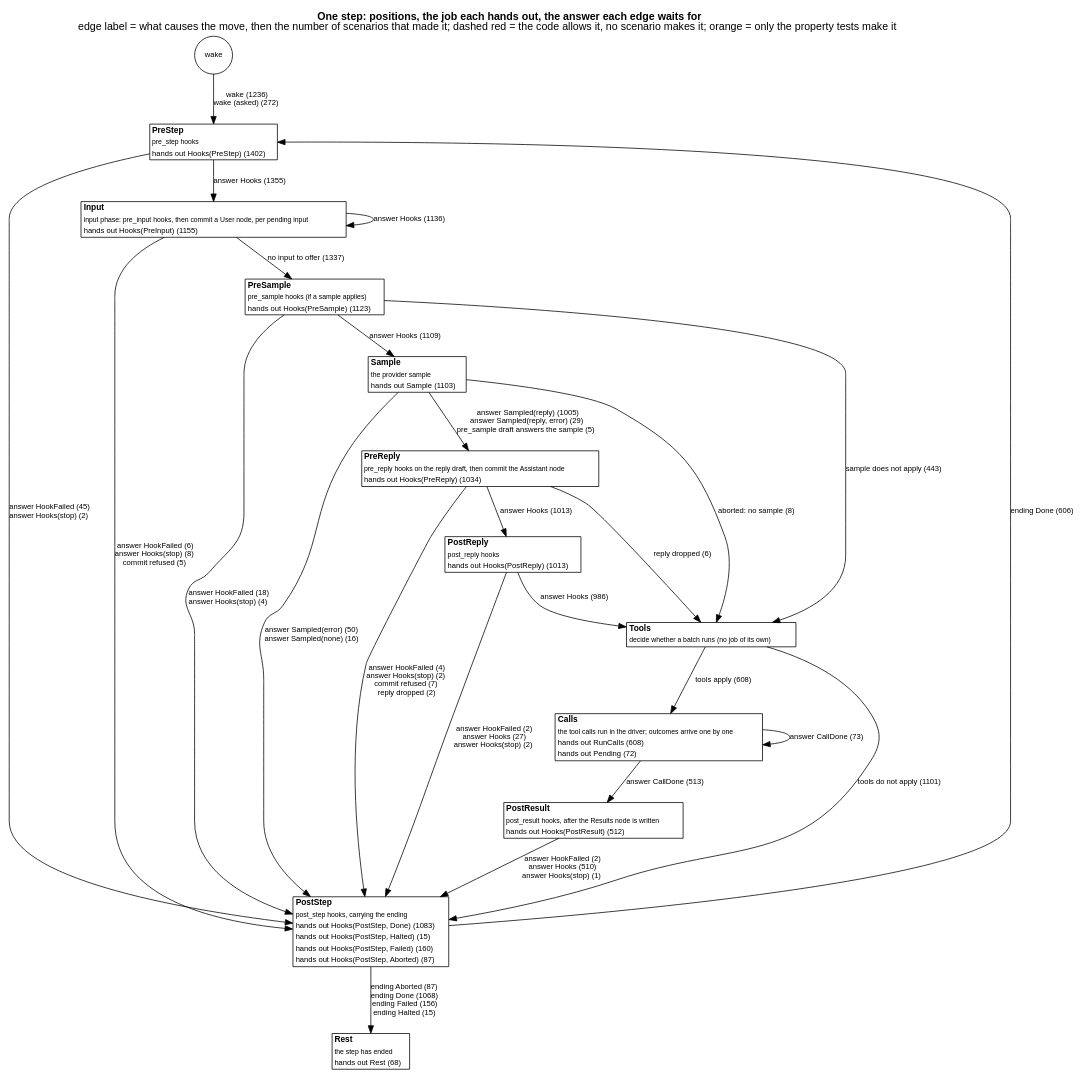
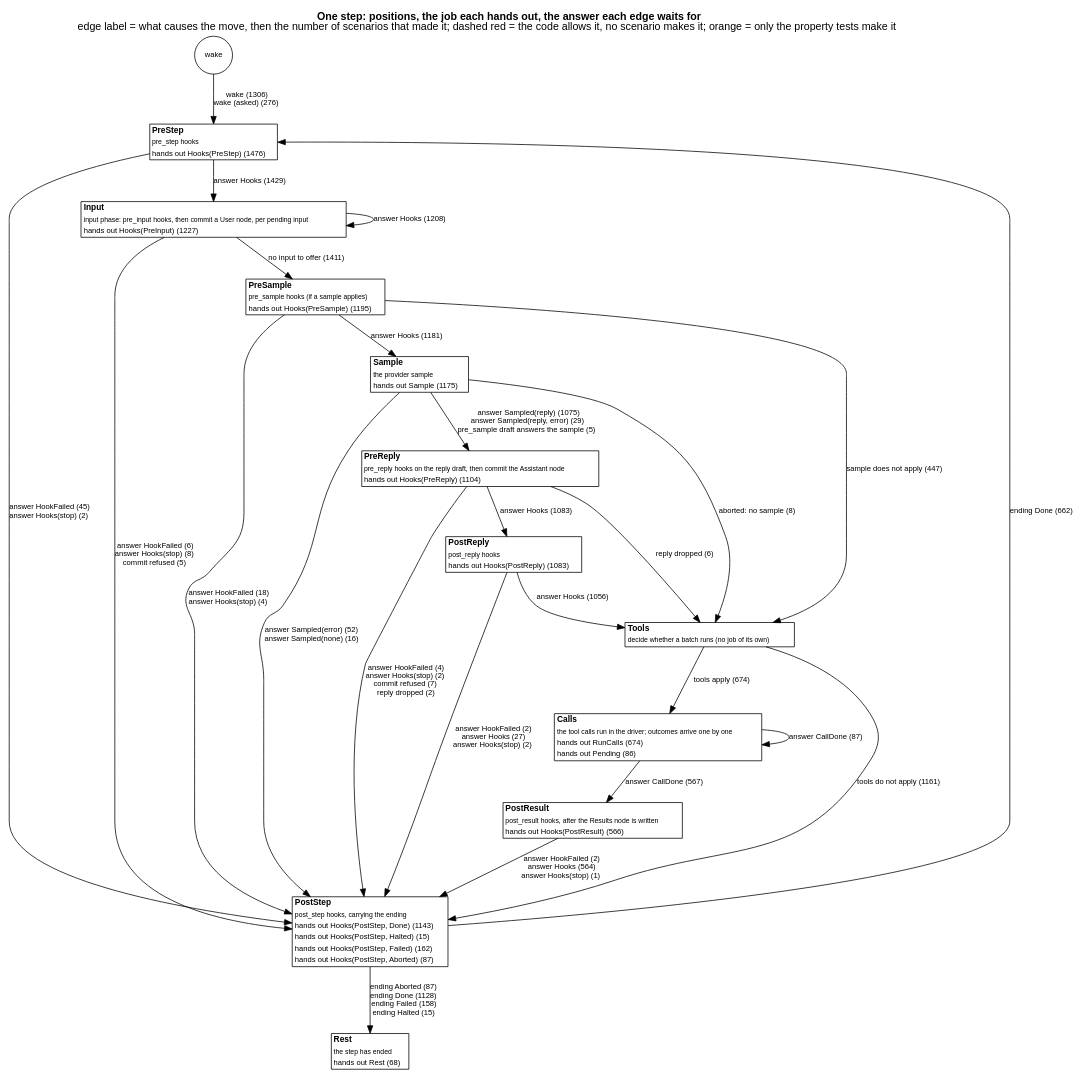
One commit to jmccardle/tau changed the diagram in docs/as-built/diagrams/step-positions.dot. Above: the diagram before and after it, drawn with Graphviz. The commit also changed 5 other files, not shown here.

First line of the commit message:
Regenerate docs and diagrams after the 8E-6 merges

```diff
--- a/docs/as-built/diagrams/step-positions.dot
+++ b/docs/as-built/diagrams/step-positions.dot
@@ -1,42 +1,42 @@
 // Generated by scripts/diagrams.sh from the test suites' transitions. Do not edit.
 digraph step_positions {
   graph [rankdir=TB, fontname="Helvetica", nodesep=0.5, ranksep=0.6, labelloc=t, label=<<b>One step: positions, the job each hands out, the answer each edge waits for</b><br/>edge label = what causes the move, then the number of scenarios that made it; dashed red = the code allows it, no scenario makes it; orange = only the property tests make it>];
   node [shape=plain, fontname="Helvetica", fontsize=11];
   edge [fontname="Helvetica", fontsize=10];
   "(wake)" [shape=circle, label="wake", fontsize=10];
-  "PreStep" [label=<<table border="1" cellborder="0" cellspacing="0" bgcolor="white"><tr><td align="left"><b>PreStep</b></td></tr><tr><td align="left"><font point-size="9">pre_step hooks</font></td></tr><tr><td align="left"><font color="black" point-size="10">hands out Hooks(PreStep) (1402)</font></td></tr></table>>];
-  "Input" [label=<<table border="1" cellborder="0" cellspacing="0" bgcolor="white"><tr><td align="left"><b>Input</b></td></tr><tr><td align="left"><font point-size="9">input phase: pre_input hooks, then commit a User node, per pending input</font></td></tr><tr><td align="left"><font color="black" point-size="10">hands out Hooks(PreInput) (1155)</font></td></tr></table>>];
-  "PreSample" [label=<<table border="1" cellborder="0" cellspacing="0" bgcolor="white"><tr><td align="left"><b>PreSample</b></td></tr><tr><td align="left"><font point-size="9">pre_sample hooks (if a sample applies)</font></td></tr><tr><td align="left"><font color="black" point-size="10">hands out Hooks(PreSample) (1123)</font></td></tr></table>>];
-  "Sample" [label=<<table border="1" cellborder="0" cellspacing="0" bgcolor="white"><tr><td align="left"><b>Sample</b></td></tr><tr><td align="left"><font point-size="9">the provider sample</font></td></tr><tr><td align="left"><font color="black" point-size="10">hands out Sample (1103)</font></td></tr></table>>];
-  "PreReply" [label=<<table border="1" cellborder="0" cellspacing="0" bgcolor="white"><tr><td align="left"><b>PreReply</b></td></tr><tr><td align="left"><font point-size="9">pre_reply hooks on the reply draft, then commit the Assistant node</font></td></tr><tr><td align="left"><font color="black" point-size="10">hands out Hooks(PreReply) (1034)</font></td></tr></table>>];
-  "PostReply" [label=<<table border="1" cellborder="0" cellspacing="0" bgcolor="white"><tr><td align="left"><b>PostReply</b></td></tr><tr><td align="left"><font point-size="9">post_reply hooks</font></td></tr><tr><td align="left"><font color="black" point-size="10">hands out Hooks(PostReply) (1013)</font></td></tr></table>>];
+  "PreStep" [label=<<table border="1" cellborder="0" cellspacing="0" bgcolor="white"><tr><td align="left"><b>PreStep</b></td></tr><tr><td align="left"><font point-size="9">pre_step hooks</font></td></tr><tr><td align="left"><font color="black" point-size="10">hands out Hooks(PreStep) (1476)</font></td></tr></table>>];
+  "Input" [label=<<table border="1" cellborder="0" cellspacing="0" bgcolor="white"><tr><td align="left"><b>Input</b></td></tr><tr><td align="left"><font point-size="9">input phase: pre_input hooks, then commit a User node, per pending input</font></td></tr><tr><td align="left"><font color="black" point-size="10">hands out Hooks(PreInput) (1227)</font></td></tr></table>>];
+  "PreSample" [label=<<table border="1" cellborder="0" cellspacing="0" bgcolor="white"><tr><td align="left"><b>PreSample</b></td></tr><tr><td align="left"><font point-size="9">pre_sample hooks (if a sample applies)</font></td></tr><tr><td align="left"><font color="black" point-size="10">hands out Hooks(PreSample) (1195)</font></td></tr></table>>];
+  "Sample" [label=<<table border="1" cellborder="0" cellspacing="0" bgcolor="white"><tr><td align="left"><b>Sample</b></td></tr><tr><td align="left"><font point-size="9">the provider sample</font></td></tr><tr><td align="left"><font color="black" point-size="10">hands out Sample (1175)</font></td></tr></table>>];
+  "PreReply" [label=<<table border="1" cellborder="0" cellspacing="0" bgcolor="white"><tr><td align="left"><b>PreReply</b></td></tr><tr><td align="left"><font point-size="9">pre_reply hooks on the reply draft, then commit the Assistant node</font></td></tr><tr><td align="left"><font color="black" point-size="10">hands out Hooks(PreReply) (1104)</font></td></tr></table>>];
+  "PostReply" [label=<<table border="1" cellborder="0" cellspacing="0" bgcolor="white"><tr><td align="left"><b>PostReply</b></td></tr><tr><td align="left"><font point-size="9">post_reply hooks</font></td></tr><tr><td align="left"><font color="black" point-size="10">hands out Hooks(PostReply) (1083)</font></td></tr></table>>];
   "Tools" [label=<<table border="1" cellborder="0" cellspacing="0" bgcolor="white"><tr><td align="left"><b>Tools</b></td></tr><tr><td align="left"><font point-size="9">decide whether a batch runs (no job of its own)</font></td></tr></table>>];
-  "Calls" [label=<<table border="1" cellborder="0" cellspacing="0" bgcolor="white"><tr><td align="left"><b>Calls</b></td></tr><tr><td align="left"><font point-size="9">the tool calls run in the driver; outcomes arrive one by one</font></td></tr><tr><td align="left"><font color="black" point-size="10">hands out RunCalls (608)</font></td></tr><tr><td align="left"><font color="black" point-size="10">hands out Pending (72)</font></td></tr></table>>];
-  "PostResult" [label=<<table border="1" cellborder="0" cellspacing="0" bgcolor="white"><tr><td align="left"><b>PostResult</b></td></tr><tr><td align="left"><font point-size="9">post_result hooks, after the Results node is written</font></td></tr><tr><td align="left"><font color="black" point-size="10">hands out Hooks(PostResult) (512)</font></td></tr></table>>];
-  "PostStep" [label=<<table border="1" cellborder="0" cellspacing="0" bgcolor="white"><tr><td align="left"><b>PostStep</b></td></tr><tr><td align="left"><font point-size="9">post_step hooks, carrying the ending</font></td></tr><tr><td align="left"><font color="black" point-size="10">hands out Hooks(PostStep, Done) (1083)</font></td></tr><tr><td align="left"><font color="black" point-size="10">hands out Hooks(PostStep, Halted) (15)</font></td></tr><tr><td align="left"><font color="black" point-size="10">hands out Hooks(PostStep, Failed) (160)</font></td></tr><tr><td align="left"><font color="black" point-size="10">hands out Hooks(PostStep, Aborted) (87)</font></td></tr></table>>];
+  "Calls" [label=<<table border="1" cellborder="0" cellspacing="0" bgcolor="white"><tr><td align="left"><b>Calls</b></td></tr><tr><td align="left"><font point-size="9">the tool calls run in the driver; outcomes arrive one by one</font></td></tr><tr><td align="left"><font color="black" point-size="10">hands out RunCalls (674)</font></td></tr><tr><td align="left"><font color="black" point-size="10">hands out Pending (86)</font></td></tr></table>>];
+  "PostResult" [label=<<table border="1" cellborder="0" cellspacing="0" bgcolor="white"><tr><td align="left"><b>PostResult</b></td></tr><tr><td align="left"><font point-size="9">post_result hooks, after the Results node is written</font></td></tr><tr><td align="left"><font color="black" point-size="10">hands out Hooks(PostResult) (566)</font></td></tr></table>>];
+  "PostStep" [label=<<table border="1" cellborder="0" cellspacing="0" bgcolor="white"><tr><td align="left"><b>PostStep</b></td></tr><tr><td align="left"><font point-size="9">post_step hooks, carrying the ending</font></td></tr><tr><td align="left"><font color="black" point-size="10">hands out Hooks(PostStep, Done) (1143)</font></td></tr><tr><td align="left"><font color="black" point-size="10">hands out Hooks(PostStep, Halted) (15)</font></td></tr><tr><td align="left"><font color="black" point-size="10">hands out Hooks(PostStep, Failed) (162)</font></td></tr><tr><td align="left"><font color="black" point-size="10">hands out Hooks(PostStep, Aborted) (87)</font></td></tr></table>>];
   "Rest" [label=<<table border="1" cellborder="0" cellspacing="0" bgcolor="white"><tr><td align="left"><b>Rest</b></td></tr><tr><td align="left"><font point-size="9">the step has ended</font></td></tr><tr><td align="left"><font color="black" point-size="10">hands out Rest (68)</font></td></tr></table>>];
-  "(wake)" -> "PreStep" [label=<wake (1236)<br/>wake (asked) (272)>, color="black", style=solid];
-  "Calls" -> "Calls" [label=<answer CallDone (73)>, color="black", style=solid];
-  "Calls" -> "PostResult" [label=<answer CallDone (513)>, color="black", style=solid];
-  "Input" -> "Input" [label=<answer Hooks (1136)>, color="black", style=solid];
+  "(wake)" -> "PreStep" [label=<wake (1306)<br/>wake (asked) (276)>, color="black", style=solid];
+  "Calls" -> "Calls" [label=<answer CallDone (87)>, color="black", style=solid];
+  "Calls" -> "PostResult" [label=<answer CallDone (567)>, color="black", style=solid];
+  "Input" -> "Input" [label=<answer Hooks (1208)>, color="black", style=solid];
   "Input" -> "PostStep" [label=<answer HookFailed (6)<br/>answer Hooks(stop) (8)<br/>commit refused (5)>, color="black", style=solid];
-  "Input" -> "PreSample" [label=<no input to offer (1337)>, color="black", style=solid];
+  "Input" -> "PreSample" [label=<no input to offer (1411)>, color="black", style=solid];
   "PostReply" -> "PostStep" [label=<answer HookFailed (2)<br/>answer Hooks (27)<br/>answer Hooks(stop) (2)>, color="black", style=solid];
-  "PostReply" -> "Tools" [label=<answer Hooks (986)>, color="black", style=solid];
-  "PostResult" -> "PostStep" [label=<answer HookFailed (2)<br/>answer Hooks (510)<br/>answer Hooks(stop) (1)>, color="black", style=solid];
-  "PostStep" -> "PreStep" [label=<ending Done (606)>, color="black", style=solid];
-  "PostStep" -> "Rest" [label=<ending Aborted (87)<br/>ending Done (1068)<br/>ending Failed (156)<br/>ending Halted (15)>, color="black", style=solid];
-  "PreReply" -> "PostReply" [label=<answer Hooks (1013)>, color="black", style=solid];
+  "PostReply" -> "Tools" [label=<answer Hooks (1056)>, color="black", style=solid];
+  "PostResult" -> "PostStep" [label=<answer HookFailed (2)<br/>answer Hooks (564)<br/>answer Hooks(stop) (1)>, color="black", style=solid];
+  "PostStep" -> "PreStep" [label=<ending Done (662)>, color="black", style=solid];
+  "PostStep" -> "Rest" [label=<ending Aborted (87)<br/>ending Done (1128)<br/>ending Failed (158)<br/>ending Halted (15)>, color="black", style=solid];
+  "PreReply" -> "PostReply" [label=<answer Hooks (1083)>, color="black", style=solid];
   "PreReply" -> "PostStep" [label=<answer HookFailed (4)<br/>answer Hooks(stop) (2)<br/>commit refused (7)<br/>reply dropped (2)>, color="black", style=solid];
   "PreReply" -> "Tools" [label=<reply dropped (6)>, color="black", style=solid];
   "PreSample" -> "PostStep" [label=<answer HookFailed (18)<br/>answer Hooks(stop) (4)>, color="black", style=solid];
-  "PreSample" -> "Sample" [label=<answer Hooks (1109)>, color="black", style=solid];
-  "PreSample" -> "Tools" [label=<sample does not apply (443)>, color="black", style=solid];
-  "PreStep" -> "Input" [label=<answer Hooks (1355)>, color="black", style=solid];
+  "PreSample" -> "Sample" [label=<answer Hooks (1181)>, color="black", style=solid];
+  "PreSample" -> "Tools" [label=<sample does not apply (447)>, color="black", style=solid];
+  "PreStep" -> "Input" [label=<answer Hooks (1429)>, color="black", style=solid];
   "PreStep" -> "PostStep" [label=<answer HookFailed (45)<br/>answer Hooks(stop) (2)>, color="black", style=solid];
-  "Sample" -> "PostStep" [label=<answer Sampled(error) (50)<br/>answer Sampled(none) (16)>, color="black", style=solid];
-  "Sample" -> "PreReply" [label=<answer Sampled(reply) (1005)<br/>answer Sampled(reply, error) (29)<br/>pre_sample draft answers the sample (5)>, color="black", style=solid];
+  "Sample" -> "PostStep" [label=<answer Sampled(error) (52)<br/>answer Sampled(none) (16)>, color="black", style=solid];
+  "Sample" -> "PreReply" [label=<answer Sampled(reply) (1075)<br/>answer Sampled(reply, error) (29)<br/>pre_sample draft answers the sample (5)>, color="black", style=solid];
   "Sample" -> "Tools" [label=<aborted: no sample (8)>, color="black", style=solid];
-  "Tools" -> "Calls" [label=<tools apply (608)>, color="black", style=solid];
-  "Tools" -> "PostStep" [label=<tools do not apply (1101)>, color="black", style=solid];
+  "Tools" -> "Calls" [label=<tools apply (674)>, color="black", style=solid];
+  "Tools" -> "PostStep" [label=<tools do not apply (1161)>, color="black", style=solid];
 }
```
